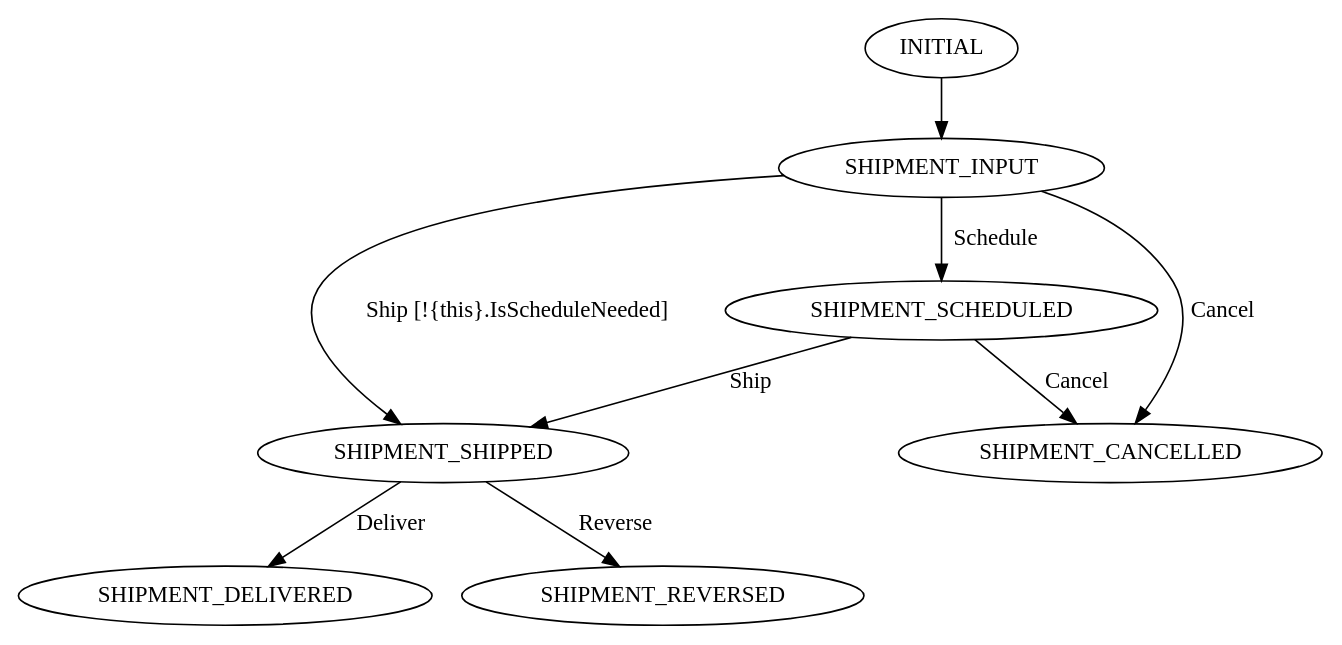
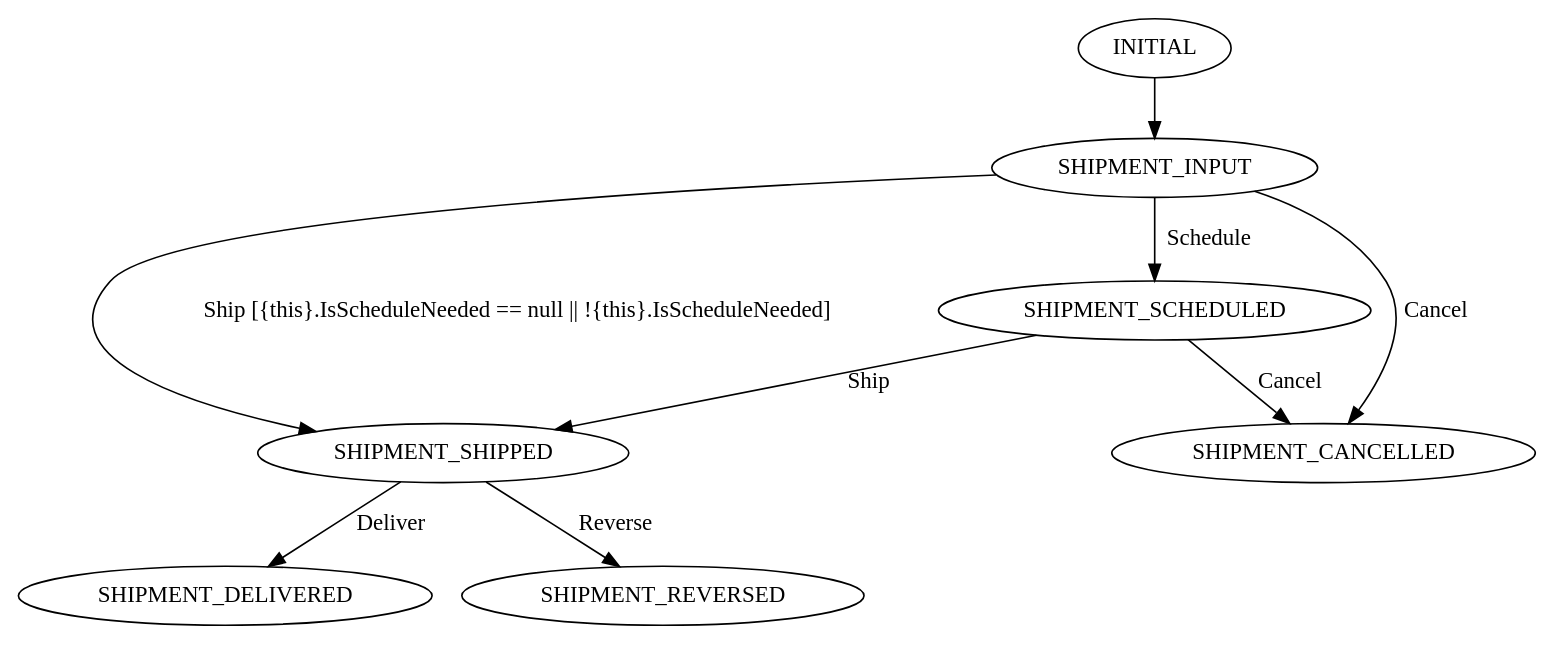
Before and after one commit to windygu/wms-2: the diagram in Dddml.Wms.Common/SM_SalesShipment_StatusId.dot, drawn with Graphviz. The commit also changed 25 other files, not shown here.

```diff
--- a/Dddml.Wms.Common/SM_SalesShipment_StatusId.dot
+++ b/Dddml.Wms.Common/SM_SalesShipment_StatusId.dot
@@ -1,10 +1,10 @@
 digraph {
  INITIAL -> SHIPMENT_INPUT [label=""];
- SHIPMENT_INPUT -> SHIPMENT_SHIPPED [label="Ship [!{this}.IsScheduleNeeded]"];
+ SHIPMENT_INPUT -> SHIPMENT_SHIPPED [label="Ship [{this}.IsScheduleNeeded == null || !{this}.IsScheduleNeeded]"];
  SHIPMENT_INPUT -> SHIPMENT_SCHEDULED [label="Schedule"];
  SHIPMENT_INPUT -> SHIPMENT_CANCELLED [label="Cancel"];
  SHIPMENT_SCHEDULED -> SHIPMENT_CANCELLED [label="Cancel"];
  SHIPMENT_SCHEDULED -> SHIPMENT_SHIPPED [label="Ship"];
  SHIPMENT_SHIPPED -> SHIPMENT_DELIVERED [label="Deliver"];
  SHIPMENT_SHIPPED -> SHIPMENT_REVERSED [label="Reverse"];
 }
```
